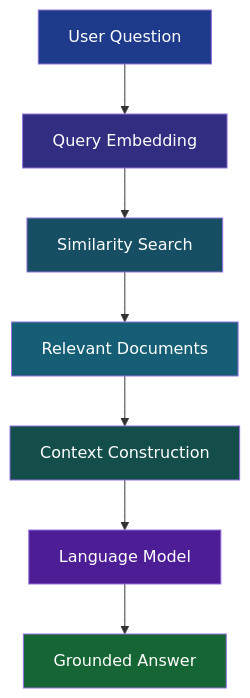
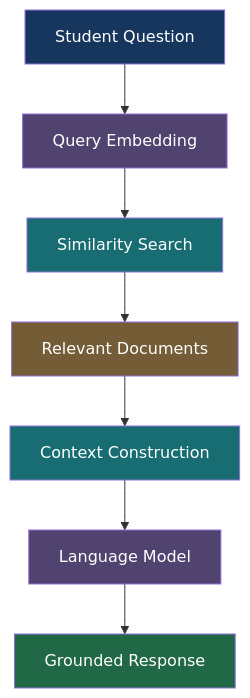
Before and after one commit to priyanshukumarverma091-hub/College-AI-Helpdesk: the second of 3 diagrams in README.md, drawn with Mermaid. The commit also changed other lines of this file, not shown here.

````diff
--- a/README.md
+++ b/README.md
@@ -119,17 +215,17 @@
 ```mermaid
 flowchart TD
-    A["User Question"] --> B["Query Embedding"]
+    A["Student Question"] --> B["Query Embedding"]
     B --> C["Similarity Search"]
     C --> D["Relevant Documents"]
     D --> E["Context Construction"]
     E --> F["Language Model"]
-    F --> G["Grounded Answer"]
+    F --> G["Grounded Response"]
 
-    style A fill:#1E3A8A,color:#fff
-    style B fill:#312E81,color:#fff
-    style C fill:#164E63,color:#fff
-    style D fill:#155E75,color:#fff
-    style E fill:#134E4A,color:#fff
-    style F fill:#4C1D95,color:#fff
-    style G fill:#166534,color:#fff
+    style A fill:#17365D,color:#fff
+    style B fill:#51436F,color:#fff
+    style C fill:#176D72,color:#fff
+    style D fill:#735C36,color:#fff
+    style E fill:#176D72,color:#fff
+    style F fill:#51436F,color:#fff
+    style G fill:#216847,color:#fff
 ```
````
